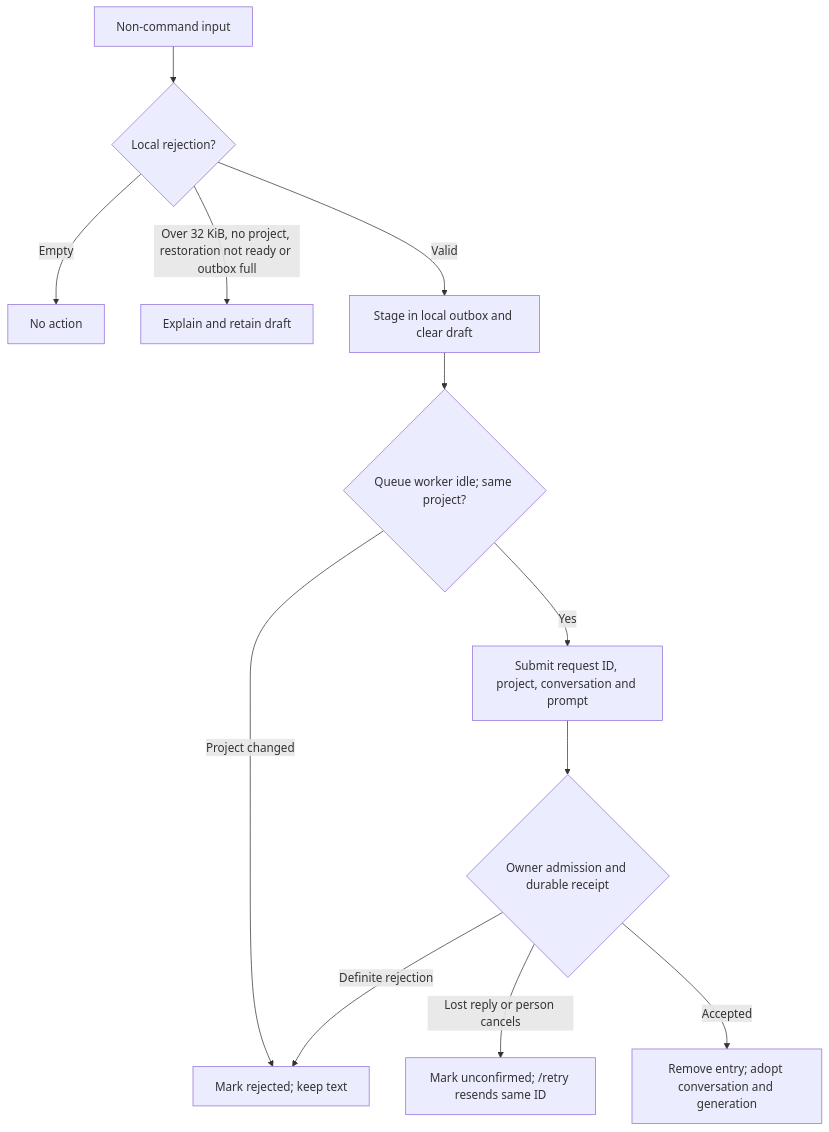
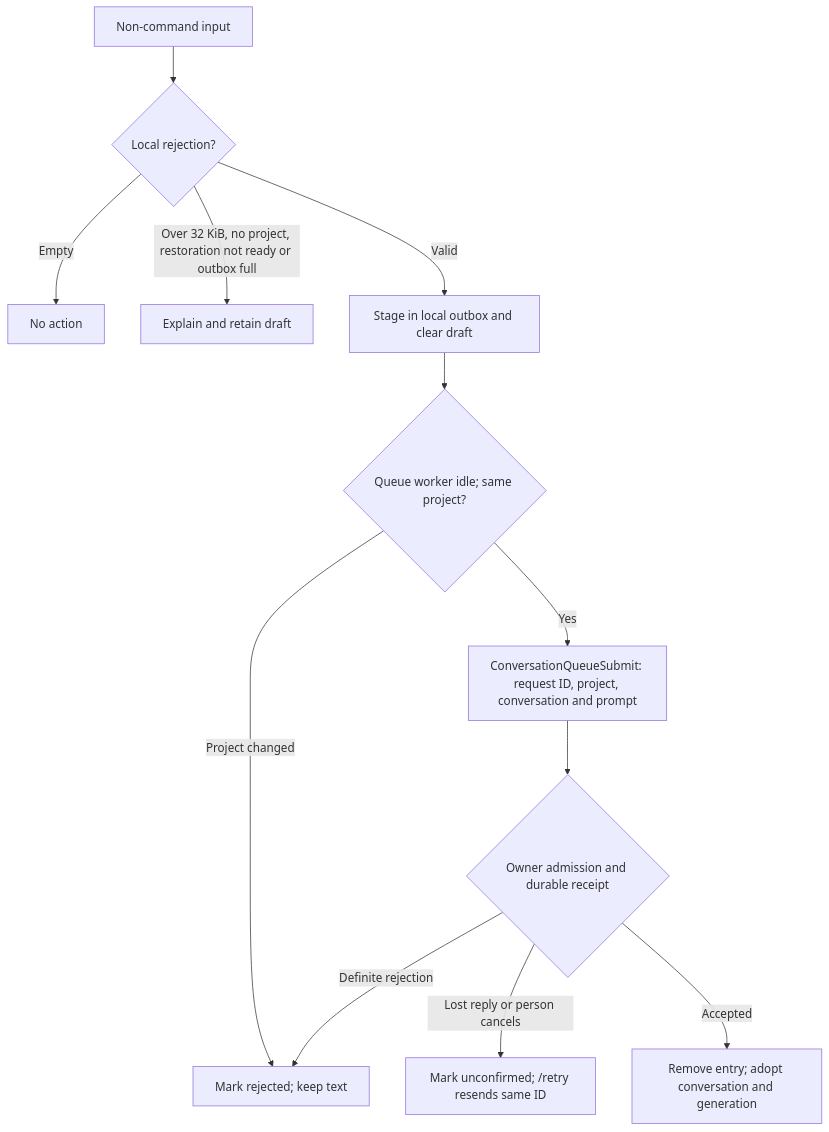
Diagram 11 of 18 in docs/designs/command-flows.md (pidster/asura), drawn with Mermaid before and after one commit. The commit also changed other lines of this file and 107 other files, not shown here.

````diff
--- a/docs/designs/command-flows.md
+++ b/docs/designs/command-flows.md
@@ -362,14 +363,14 @@
 ```mermaid
 flowchart TD
     Text["Non-command input"] --> Local{"Local rejection?"}
     Local -->|Empty| Ignore["No action"]
     Local -->|"Over 32 KiB, no project, restoration not ready or outbox full"| Keep["Explain and retain draft"]
     Local -->|Valid| Stage["Stage in local outbox and clear draft"]
     Stage --> Worker{"Queue worker idle; same project?"}
     Worker -->|"Project changed"| Rejected["Mark rejected; keep text"]
-    Worker -->|Yes| Submit["Submit request ID, project, conversation and prompt"]
+    Worker -->|Yes| Submit["ConversationQueueSubmit: request ID, project, conversation and prompt"]
     Submit --> Admit{"Owner admission and durable receipt"}
     Admit -->|"Definite rejection"| Rejected
     Admit -->|"Lost reply or person cancels"| Retry["Mark unconfirmed; /retry resends same ID"]
     Admit -->|Accepted| Accept["Remove entry; adopt conversation and generation"]
 ```
````
